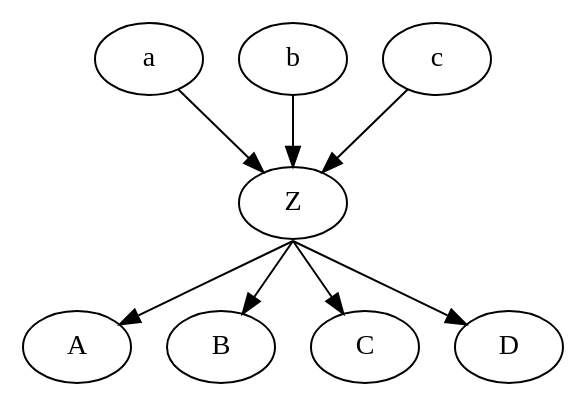
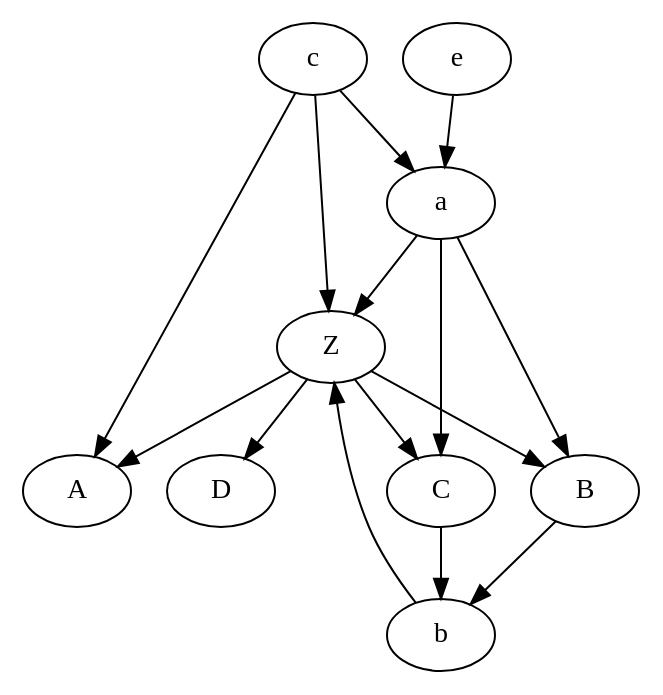
Before and after one commit to Kebab4/romulo: the diagram in import/graph3.gv, drawn with Graphviz. The commit also changed 11 other files, not shown here.

First line of the commit message:
Basic graph modeling

```diff
--- a/import/graph3.gv
+++ b/import/graph3.gv
@@ -1,17 +1,18 @@
 digraph G {
 	{
 		a -> Z
 		b -> Z
 		c -> Z
-	}
-	{
-		edge [sametail=atail];
 		Z -> A
 		Z -> B
-	}
-	{
-		edge [sametail=atail];
 		Z -> C
 		Z -> D
+		c -> a
+		C -> b
+		e -> a
+		B -> b
+		a -> C
+		a -> B
+		c -> A
 	}
 }
```
